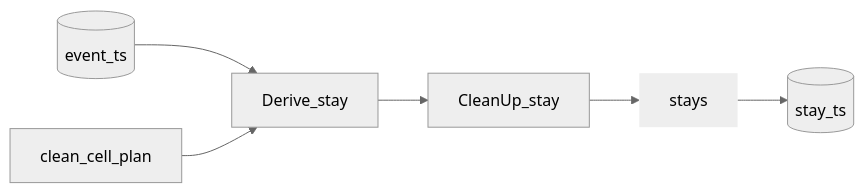
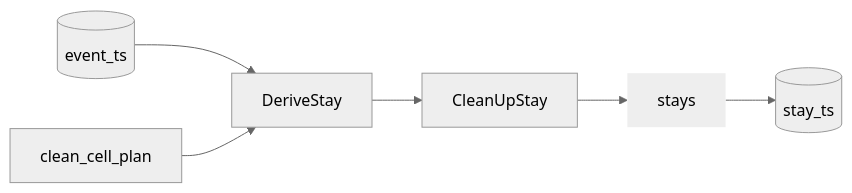
One commit to djvanderlaan/pipeline changed the second of 14 diagrams in README.md. Above: the diagram before and after it, drawn with Mermaid (neutral theme). The commit also changed other lines of this file, not shown here.

````diff
--- a/README.md
+++ b/README.md
@@ -19,7 +19,7 @@
 ```mermaid
 flowchart LR
-  event_ts[(event_ts)] --> Derive_stay --> CleanUp_stay --> stays:::data --> stay_ts[(stay_ts)]
-  clean_cell_plan --> Derive_stay
+  event_ts[(event_ts)] --> DeriveStay --> CleanUpStay --> stays:::data --> stay_ts[(stay_ts)]
+  clean_cell_plan --> DeriveStay
 
 classDef data stroke-width:0px
 ```
````
